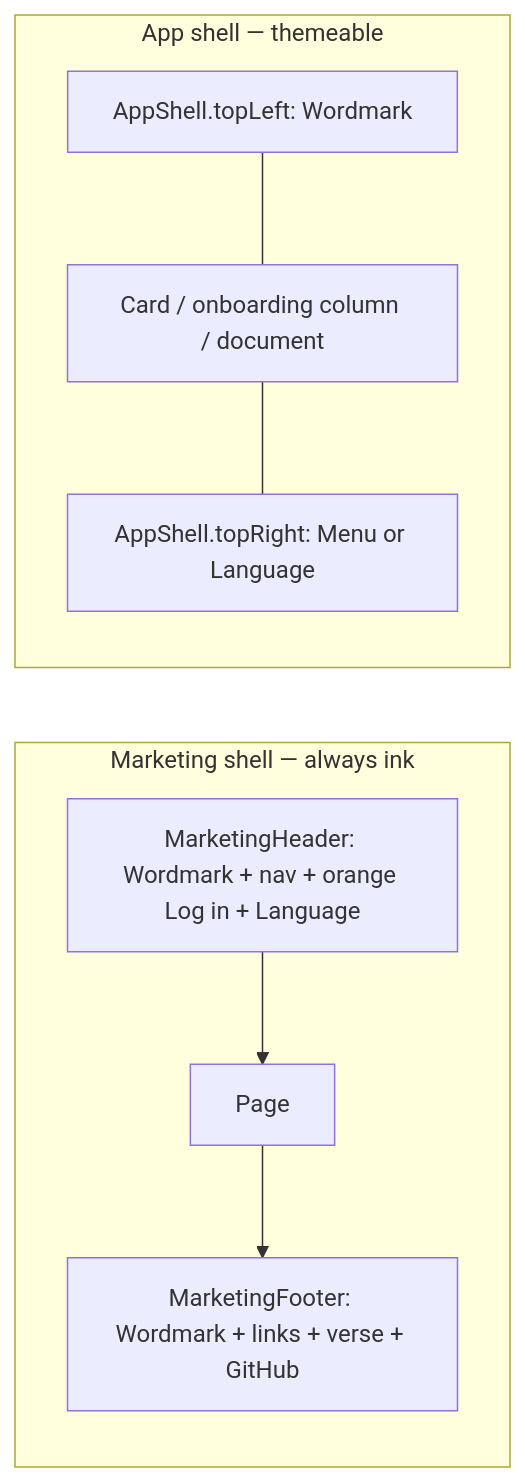
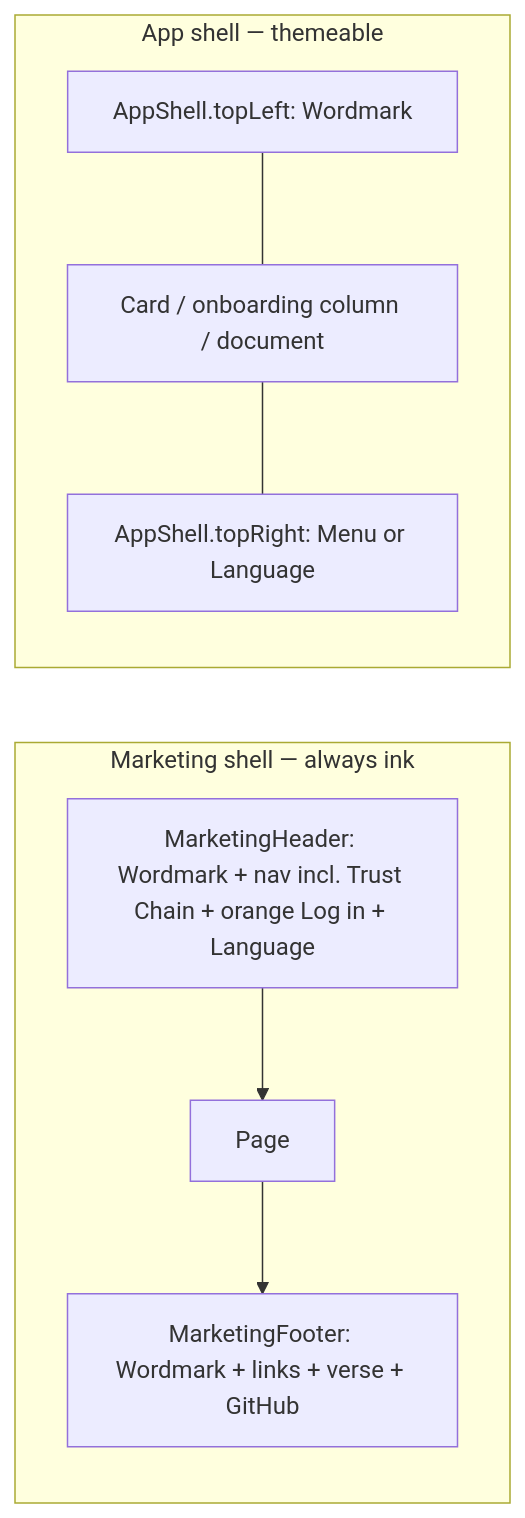
The third of 3 diagrams in docs/ui.md (21gifts/app), drawn with Mermaid before and after one commit. The commit also changed other lines of this file and 1 other file, not shown here.

First line of the commit message:
Document Trust Chain in the living design system

````diff
--- a/docs/ui.md
+++ b/docs/ui.md
@@ -429,15 +431,15 @@
 ```mermaid
 flowchart LR
   subgraph marketingShell [Marketing shell — always ink]
-    MH[MarketingHeader: Wordmark + nav + orange Log in + Language]
+    MH[MarketingHeader: Wordmark + nav incl. Trust Chain + orange Log in + Language]
     MC[Page]
     MF[MarketingFooter: Wordmark + links + verse + GitHub]
   end
   subgraph appShell [App shell — themeable]
     PL[AppShell.topLeft: Wordmark]
     PR[AppShell.topRight: Menu or Language]
     BODY[Card / onboarding column / document]
   end
   MH --> MC --> MF
   PL --- BODY --- PR
 ```
````
